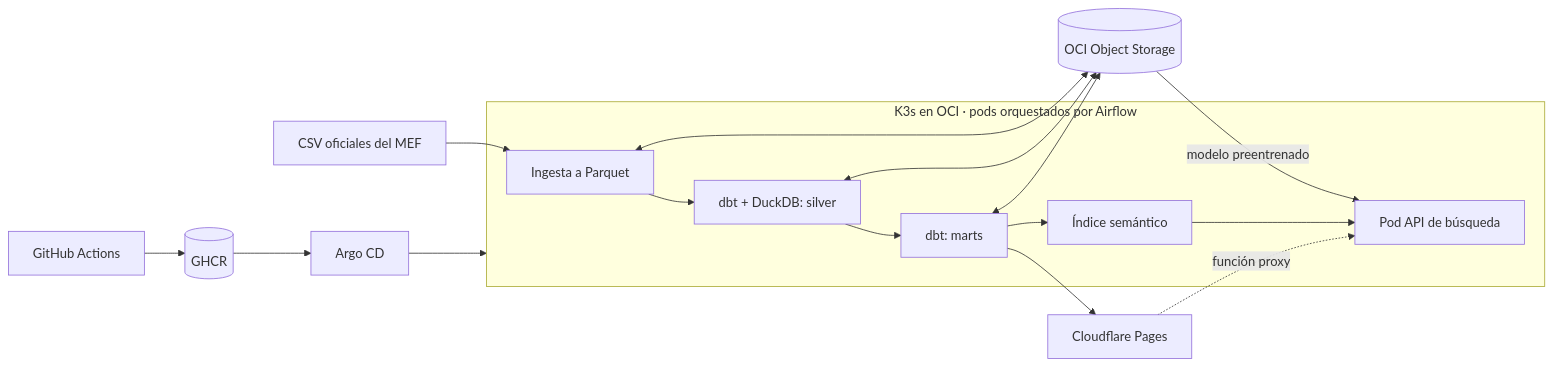
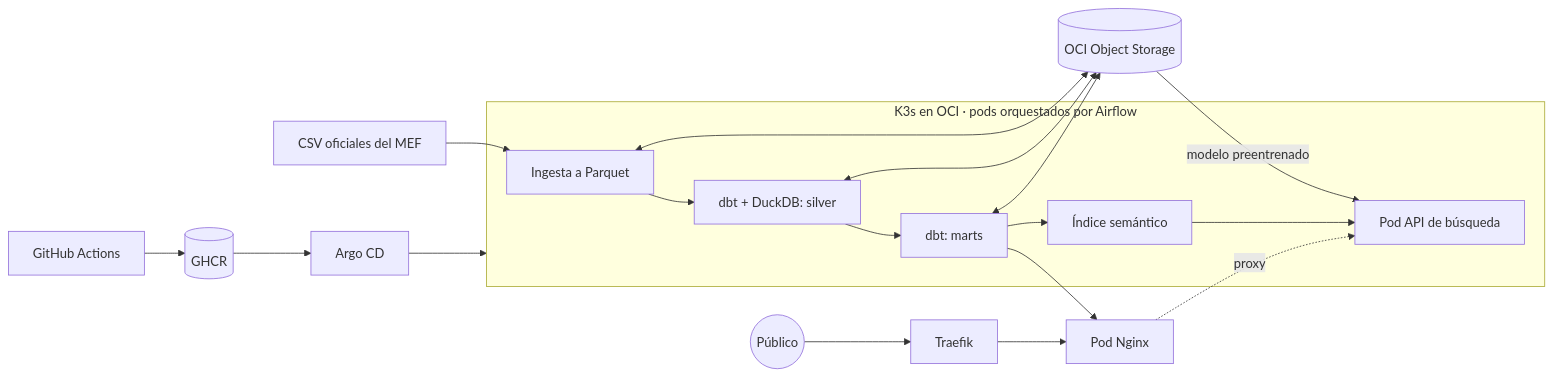
Before and after one commit to RenzoAL7/peru-budget-data-platform: the diagram in README.md, drawn with Mermaid. The commit also changed other lines of this file and 12 other files, not shown here.

Commit message:
Sirve la pagina por HTTP desde un pod Nginx con Ingress propio

````diff
--- a/README.md
+++ b/README.md
@@ -11,17 +11,18 @@
 ```mermaid
 flowchart LR
     MEF[CSV oficiales del MEF] --> Bronze
     subgraph k3s[K3s en OCI · pods orquestados por Airflow]
       Bronze[Ingesta a Parquet] --> Silver[dbt + DuckDB: silver]
       Silver --> Gold[dbt: marts]
       Gold --> Index[Índice semántico]
       Search[Pod API de búsqueda]
     end
     Bronze & Silver & Gold <--> OCI[(OCI Object Storage)]
     OCI -- modelo preentrenado --> Search
     Index --> Search
-    Gold --> Pages[Cloudflare Pages]
-    Pages -. función proxy .-> Search
+    Gold --> Site[Pod Nginx]
+    Site -. proxy .-> Search
+    Usuario((Público)) --> Traefik --> Site
     Git[GitHub Actions] --> GHCR[(GHCR)]
     GHCR --> Argo[Argo CD] --> k3s
 ```
````
